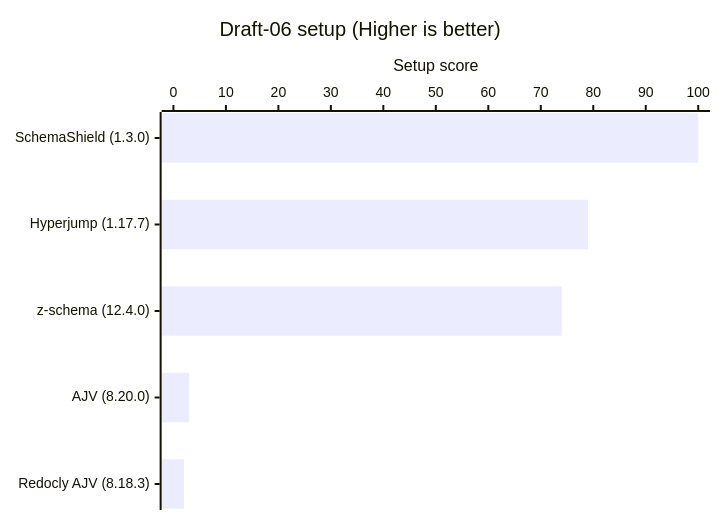
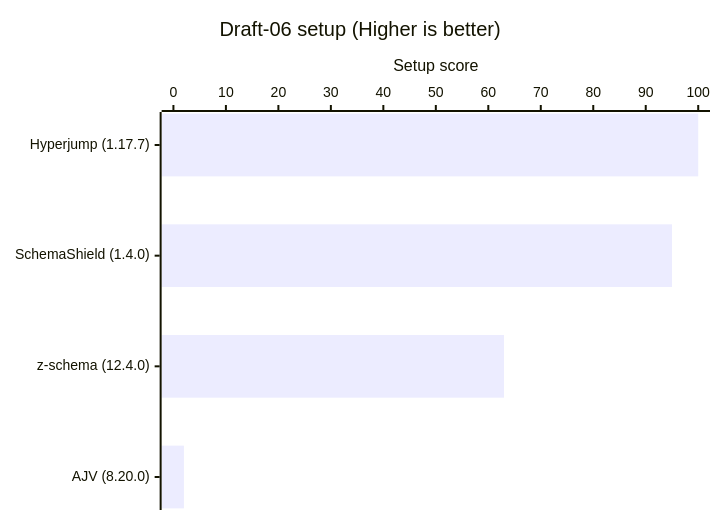
Before and after one commit to Masquerade-Circus/json-schema-validator-bench: the second of 8 diagrams in README.md, drawn with Mermaid. The commit also changed other lines of this file and 228 other files, not shown here.

````diff
--- a/README.md
+++ b/README.md
@@ -121,7 +129,7 @@
 ```mermaid
 xychart horizontal
     title "Draft-06 setup (Higher is better)"
-    x-axis ["SchemaShield (1.3.0)", "Hyperjump (1.17.7)", "z-schema (12.4.0)", "AJV (8.20.0)", "Redocly AJV (8.18.3)"]
+    x-axis ["Hyperjump (1.17.7)", "SchemaShield (1.4.0)", "z-schema (12.4.0)", "AJV (8.20.0)"]
     y-axis "Setup score" 0 --> 100
-    bar [100, 79, 74, 3, 2]
+    bar [100, 95, 63, 2]
 ```
````
